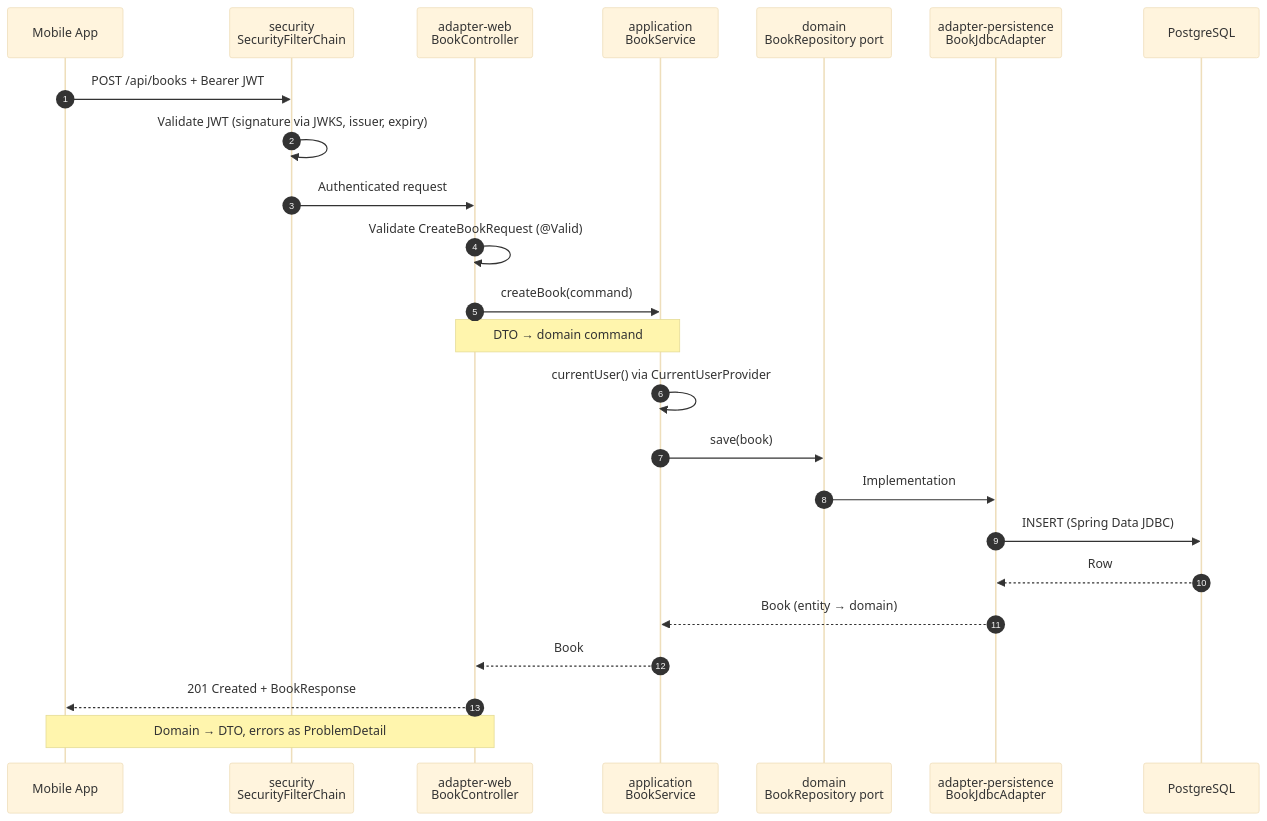
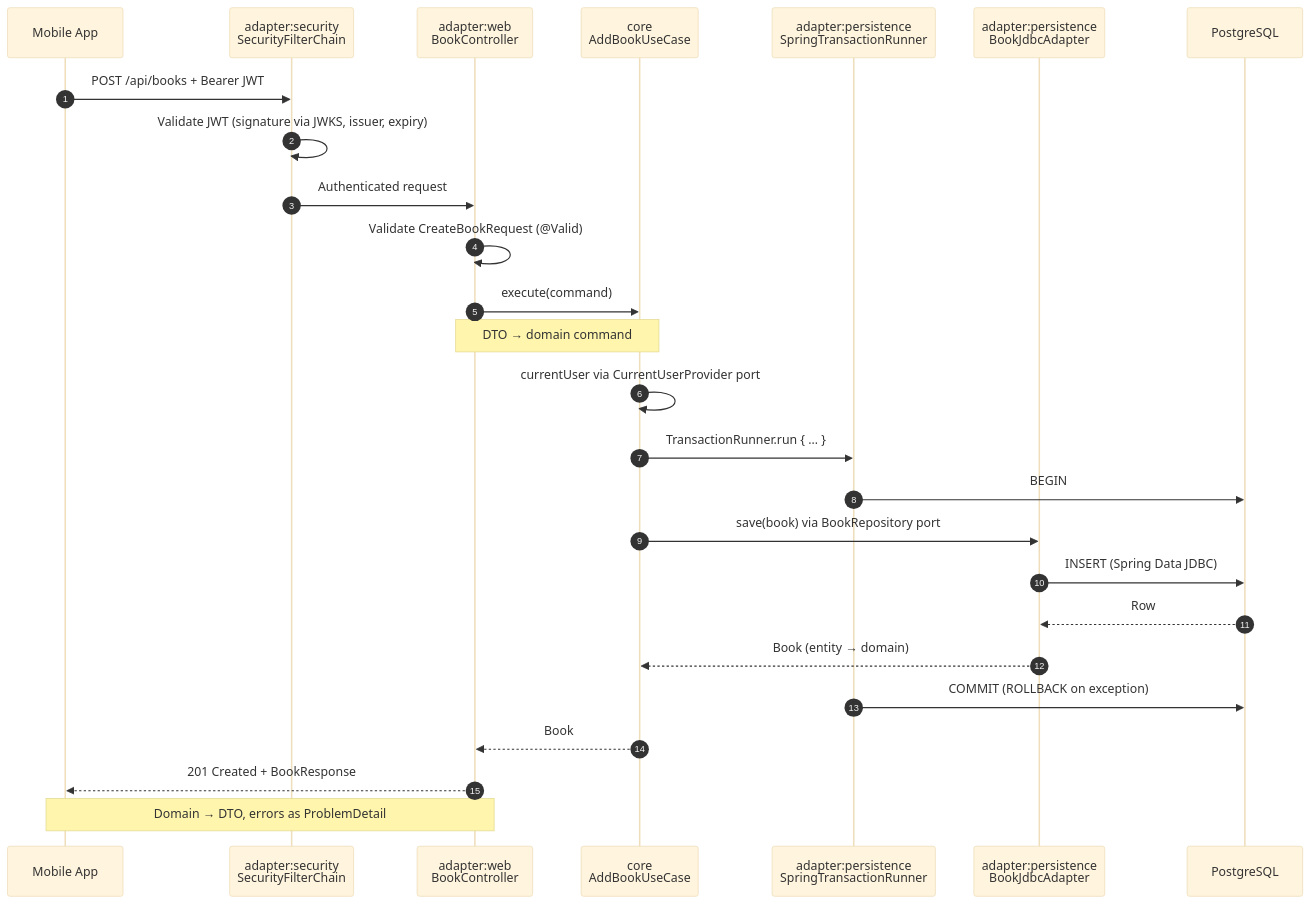
The third of 3 diagrams in backend/docs/architecture.md (AnSrwn/BookTracker), drawn with Mermaid (base theme) before and after one commit. The commit also changed other lines of this file and 16 other files, not shown here.

````diff
--- a/backend/docs/architecture.md
+++ b/backend/docs/architecture.md
@@ -115,27 +112,29 @@
 ```mermaid
 sequenceDiagram
     autonumber
     participant App as Mobile App
-    participant Sec as security<br/>SecurityFilterChain
-    participant Ctrl as adapter-web<br/>BookController
-    participant Svc as application<br/>BookService
-    participant Port as domain<br/>BookRepository port
-    participant Jdbc as adapter-persistence<br/>BookJdbcAdapter
+    participant Sec as adapter:security<br/>SecurityFilterChain
+    participant Ctrl as adapter:web<br/>BookController
+    participant UC as core<br/>AddBookUseCase
+    participant Tx as adapter:persistence<br/>SpringTransactionRunner
+    participant Jdbc as adapter:persistence<br/>BookJdbcAdapter
     participant DB as PostgreSQL
 
     App->>Sec: POST /api/books + Bearer JWT
     Sec->>Sec: Validate JWT (signature via JWKS, issuer, expiry)
     Sec->>Ctrl: Authenticated request
     Ctrl->>Ctrl: Validate CreateBookRequest (@Valid)
-    Ctrl->>Svc: createBook(command)
-    Note over Ctrl,Svc: DTO → domain command
-    Svc->>Svc: currentUser() via CurrentUserProvider
-    Svc->>Port: save(book)
-    Port->>Jdbc: Implementation
+    Ctrl->>UC: execute(command)
+    Note over Ctrl,UC: DTO → domain command
+    UC->>UC: currentUser via CurrentUserProvider port
+    UC->>Tx: TransactionRunner.run { … }
+    Tx->>DB: BEGIN
+    UC->>Jdbc: save(book) via BookRepository port
     Jdbc->>DB: INSERT (Spring Data JDBC)
     DB-->>Jdbc: Row
-    Jdbc-->>Svc: Book (entity → domain)
-    Svc-->>Ctrl: Book
+    Jdbc-->>UC: Book (entity → domain)
+    Tx->>DB: COMMIT (ROLLBACK on exception)
+    UC-->>Ctrl: Book
     Ctrl-->>App: 201 Created + BookResponse
     Note over Ctrl,App: Domain → DTO, errors as ProblemDetail
 ```
````
